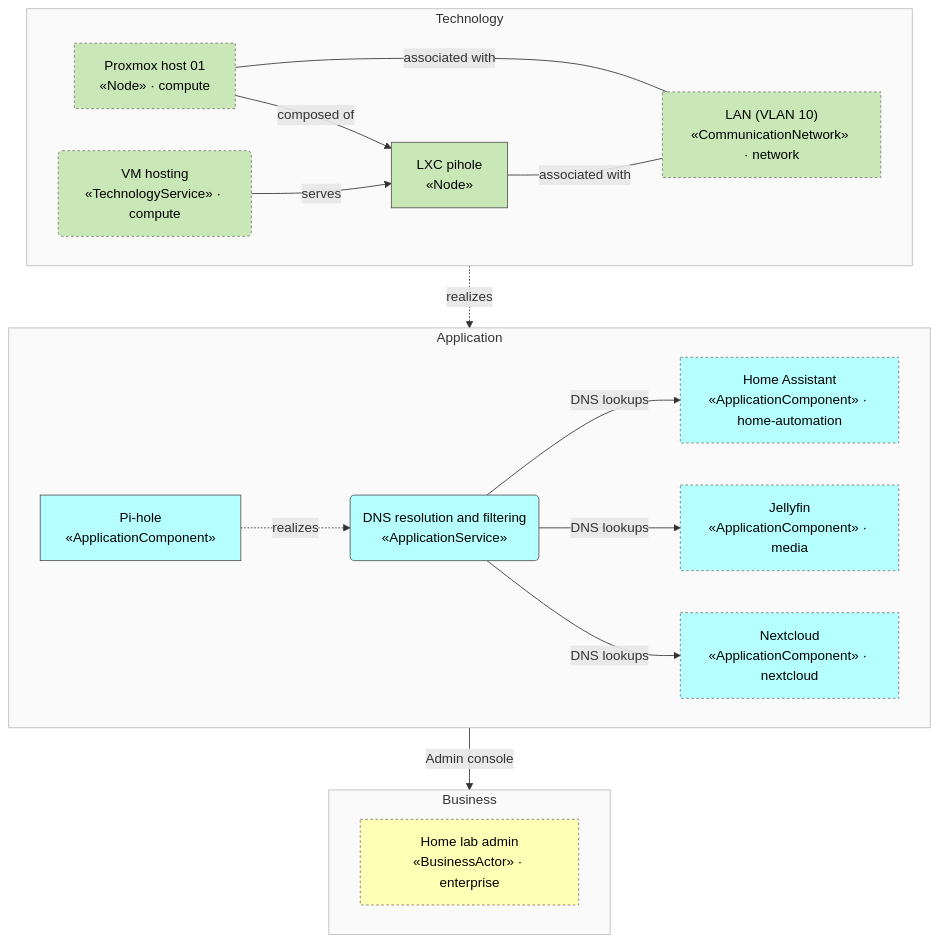
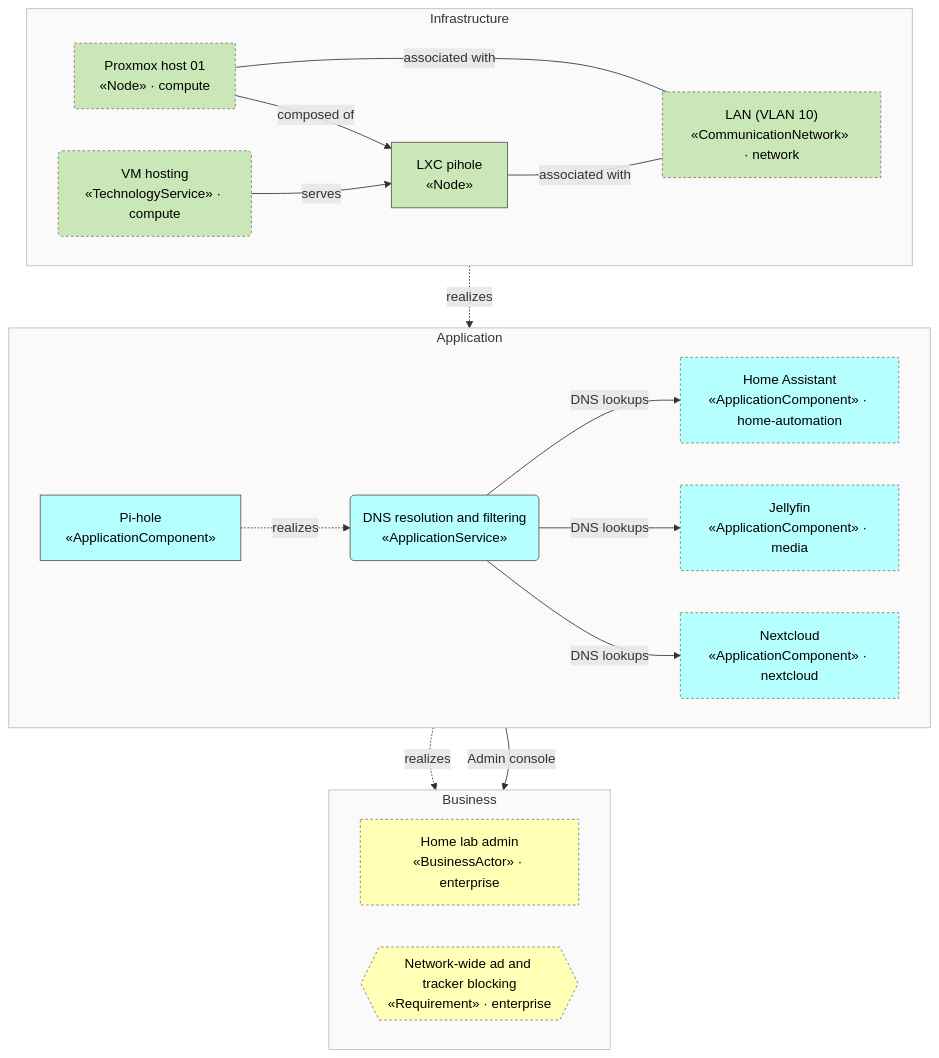
The third of 3 diagrams in docs/dns/view-overview.md (b-zig/a4m), drawn with Mermaid before and after one commit. The commit also changed other lines of this file and 83 other files, not shown here.

````diff
--- a/docs/dns/view-overview.md
+++ b/docs/dns/view-overview.md
@@ -105,43 +109,45 @@
 ```mermaid
 flowchart TB
   subgraph layer_business["Business"]
     direction LR
     enterprise__bus_admin["Home lab admin<br/>«BusinessActor» · enterprise"]
+    enterprise__bus_req_dns_filter{{"Network-wide ad and tracker blocking<br/>«Requirement» · enterprise"}}
   end
   subgraph layer_application["Application"]
     direction LR
     app_pihole["Pi-hole<br/>«ApplicationComponent»"]
     app_svc_dns("DNS resolution and filtering<br/>«ApplicationService»")
     home_automation__app_home_assistant["Home Assistant<br/>«ApplicationComponent» · home-automation"]
     media__app_jellyfin["Jellyfin<br/>«ApplicationComponent» · media"]
     nextcloud__app_nextcloud["Nextcloud<br/>«ApplicationComponent» · nextcloud"]
   end
-  subgraph layer_technology["Technology"]
+  subgraph layer_infrastructure["Infrastructure"]
     direction LR
-    tech_lxc_pihole["LXC pihole<br/>«Node»"]
-    compute__tech_pve_01["Proxmox host 01<br/>«Node» · compute"]
-    compute__tech_svc_vm_hosting("VM hosting<br/>«TechnologyService» · compute")
-    network__tech_net_lan["LAN (VLAN 10)<br/>«CommunicationNetwork» · network"]
+    infra_lxc_pihole["LXC pihole<br/>«Node»"]
+    compute__infra_pve_01["Proxmox host 01<br/>«Node» · compute"]
+    compute__infra_svc_vm_hosting("VM hosting<br/>«TechnologyService» · compute")
+    network__infra_net_lan["LAN (VLAN 10)<br/>«CommunicationNetwork» · network"]
   end
   app_pihole -.->|"realizes"| app_svc_dns
+  app_pihole -.->|"realizes"| enterprise__bus_req_dns_filter
   app_svc_dns -->|"Admin console"| enterprise__bus_admin
-  tech_lxc_pihole -.->|"realizes"| app_pihole
-  compute__tech_pve_01 -->|"composed of"| tech_lxc_pihole
-  compute__tech_svc_vm_hosting -->|"serves"| tech_lxc_pihole
-  tech_lxc_pihole ---|"associated with"| network__tech_net_lan
-  compute__tech_pve_01 ---|"associated with"| network__tech_net_lan
+  infra_lxc_pihole -.->|"realizes"| app_pihole
+  compute__infra_pve_01 -->|"composed of"| infra_lxc_pihole
+  compute__infra_svc_vm_hosting -->|"serves"| infra_lxc_pihole
+  infra_lxc_pihole ---|"associated with"| network__infra_net_lan
+  compute__infra_pve_01 ---|"associated with"| network__infra_net_lan
   app_svc_dns -->|"DNS lookups"| home_automation__app_home_assistant
   app_svc_dns -->|"DNS lookups"| media__app_jellyfin
   app_svc_dns -->|"DNS lookups"| nextcloud__app_nextcloud
   classDef business fill:#FFFFB5,stroke:#555,color:#000
-  class enterprise__bus_admin business
+  class enterprise__bus_admin,enterprise__bus_req_dns_filter business
   style layer_business fill:#fafafa,stroke:#bbb
   classDef application fill:#B5FFFF,stroke:#555,color:#000
   class app_pihole,app_svc_dns,home_automation__app_home_assistant,media__app_jellyfin,nextcloud__app_nextcloud application
   style layer_application fill:#fafafa,stroke:#bbb
-  classDef technology fill:#C9E7B7,stroke:#555,color:#000
-  class tech_lxc_pihole,compute__tech_pve_01,compute__tech_svc_vm_hosting,network__tech_net_lan technology
-  style layer_technology fill:#fafafa,stroke:#bbb
+  classDef infrastructure fill:#C9E7B7,stroke:#555,color:#000
+  class infra_lxc_pihole,compute__infra_pve_01,compute__infra_svc_vm_hosting,network__infra_net_lan infrastructure
+  style layer_infrastructure fill:#fafafa,stroke:#bbb
   classDef foreign stroke:#777,stroke-dasharray:3 3
-  class compute__tech_pve_01,compute__tech_svc_vm_hosting,enterprise__bus_admin,home_automation__app_home_assistant,media__app_jellyfin,network__tech_net_lan,nextcloud__app_nextcloud foreign
+  class compute__infra_pve_01,compute__infra_svc_vm_hosting,enterprise__bus_admin,enterprise__bus_req_dns_filter,home_automation__app_home_assistant,media__app_jellyfin,network__infra_net_lan,nextcloud__app_nextcloud foreign
 ```
````
